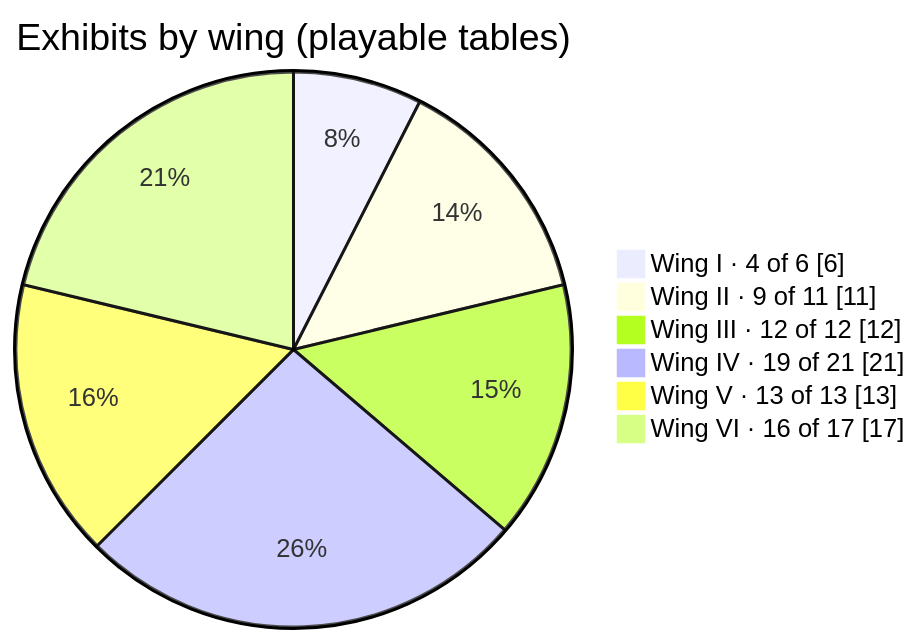
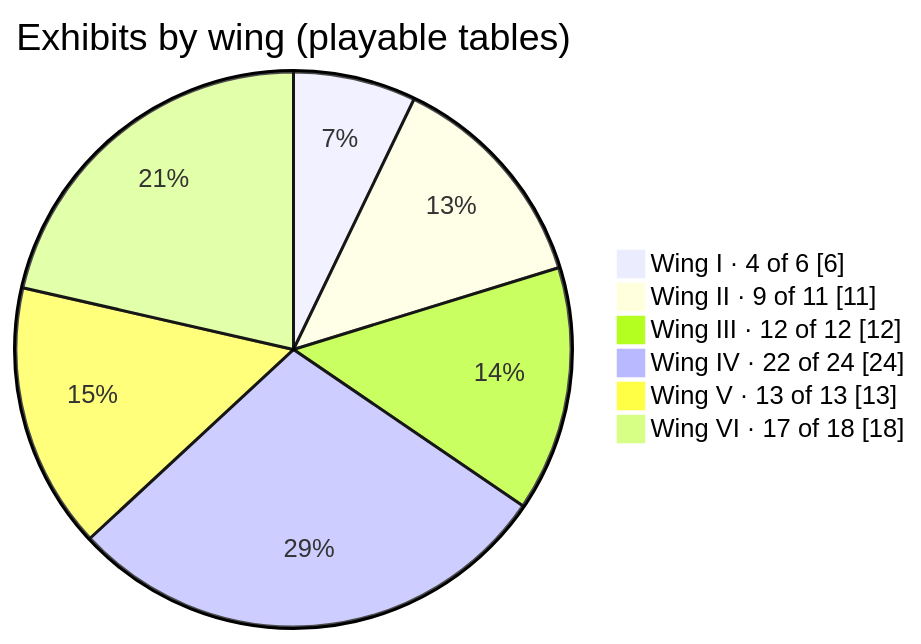
The first of 8 diagrams in docs/exhibits.md (CptNope/Librarium-Archives), drawn with Mermaid before and after one commit. The commit also changed other lines of this file and 44 other files, not shown here.

````diff
--- a/docs/exhibits.md
+++ b/docs/exhibits.md
@@ -7,10 +7,10 @@
 ```mermaid
 pie showData
     title Exhibits by wing (playable tables)
     "Wing I · 4 of 6" : 6
     "Wing II · 9 of 11" : 11
     "Wing III · 12 of 12" : 12
-    "Wing IV · 19 of 21" : 21
+    "Wing IV · 22 of 24" : 24
     "Wing V · 13 of 13" : 13
-    "Wing VI · 16 of 17" : 17
+    "Wing VI · 17 of 18" : 18
 ```
````
